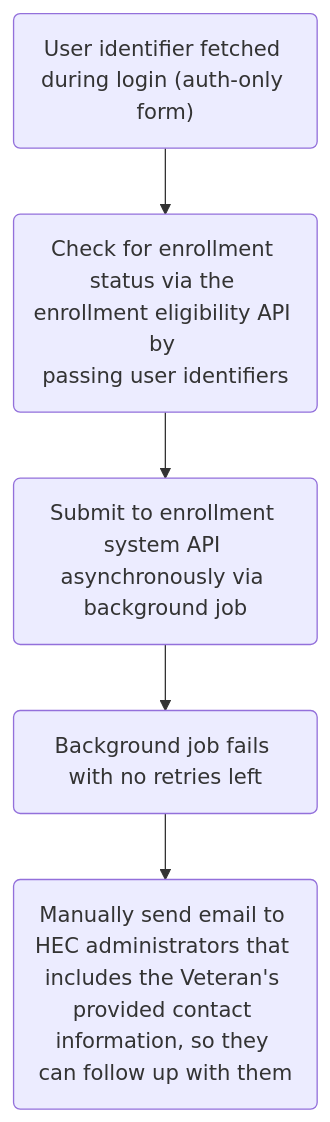
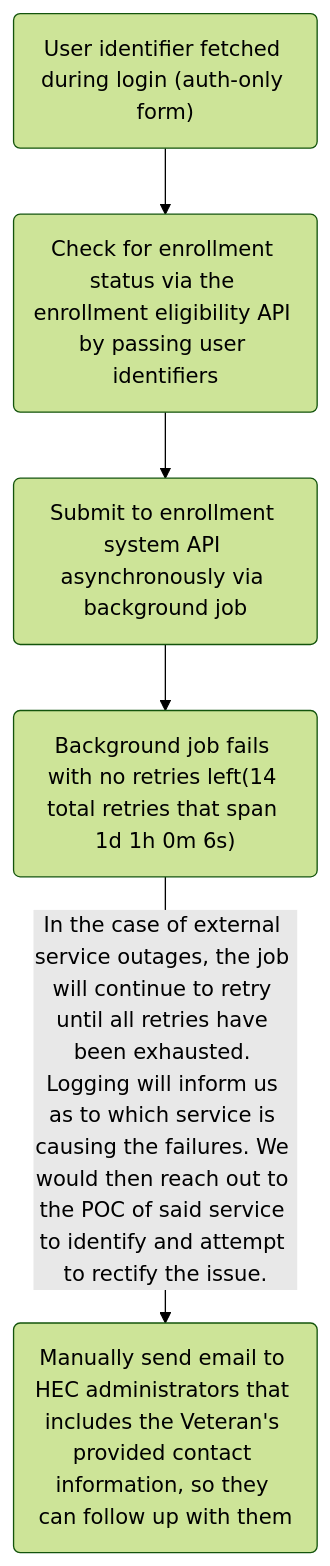
The diagram in products/health-care/application/va-application/engineering/10-10EZR Flow Chart.md (department-of-veterans-affairs/va.gov-team), drawn with Mermaid before and after one commit.

Commit message:
Update 10-10EZR Flow Chart.md

````diff
--- a/products/health-care/application/va-application/engineering/10-10EZR Flow Chart.md
+++ b/products/health-care/application/va-application/engineering/10-10EZR Flow Chart.md
@@ -1,8 +1,12 @@
 ```mermaid
+---
+config:
+  theme: forest
+---
 flowchart TD
     A("User identifier fetched during login (auth-only form)")
-    A --> B(Check for enrollment status via the enrollment eligibility API by <br/>passing user identifiers)
+    A --> B(Check for enrollment status via the enrollment eligibility API by passing user identifiers)
     B --> C(Submit to enrollment system API asynchronously via background job)
-    C --> D(Background job fails with no retries left)
-    D --> E(Manually send email to HEC administrators that includes the Veteran's provided contact information, so they can follow up with them)
+    C --> D("Background job fails with no retries left(14 total retries that span 1d 1h 0m 6s)")
+    D -->|In the case of external service outages, the job will continue to retry until all retries have been exhausted. Logging will inform us as to which service is causing the failures. We would then reach out to the POC of said service to identify and attempt to rectify the issue.| E(Manually send email to HEC administrators that includes the Veteran's provided contact information, so they can follow up with them)
 ```
````
